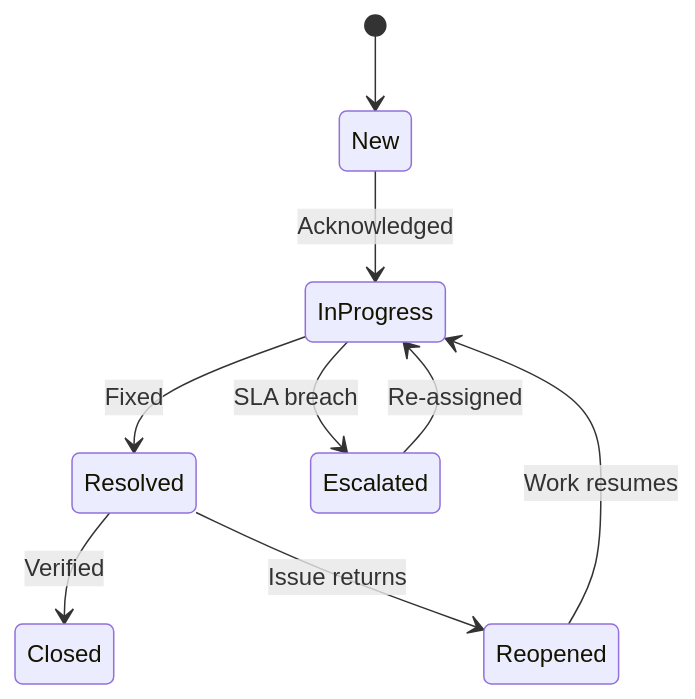
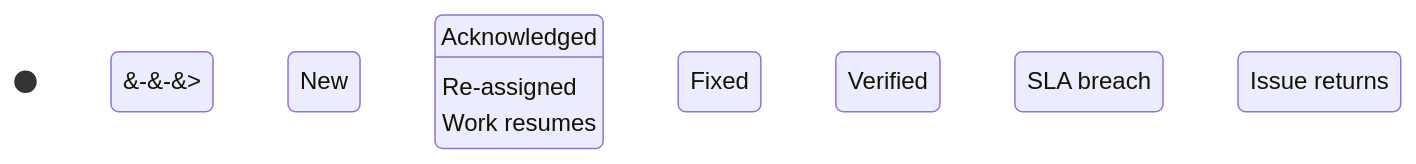
One commit to eltonaguiar/ServiceNow_Learning_TSOM-_CSM_FSM_SalesCRM_HAM_ITSM changed the fourth of 4 diagrams in docs/modules/itom/itom-guide.md. Above: the diagram before and after it, drawn with Mermaid. The commit also changed other lines of this file and 17 other files, not shown here.

First line of the commit message:
Fix mermaid arrows: replace --> with &#45;&#45;&#62; in all mermaid blocks

````diff
--- a/docs/modules/itom/itom-guide.md
+++ b/docs/modules/itom/itom-guide.md
@@ -453,11 +453,11 @@
 ```mermaid
 stateDiagram-v2
-    [*] --> New
-    New --> InProgress: Acknowledged
-    InProgress --> Resolved: Fixed
-    Resolved --> Closed: Verified
-    InProgress --> Escalated: SLA breach
-    Escalated --> InProgress: Re-assigned
-    Resolved --> Reopened: Issue returns
-    Reopened --> InProgress: Work resumes
+    [*] &#45;&#45;&#62; New
+    New &#45;&#45;&#62; InProgress: Acknowledged
+    InProgress &#45;&#45;&#62; Resolved: Fixed
+    Resolved &#45;&#45;&#62; Closed: Verified
+    InProgress &#45;&#45;&#62; Escalated: SLA breach
+    Escalated &#45;&#45;&#62; InProgress: Re-assigned
+    Resolved &#45;&#45;&#62; Reopened: Issue returns
+    Reopened &#45;&#45;&#62; InProgress: Work resumes
 ```
````
